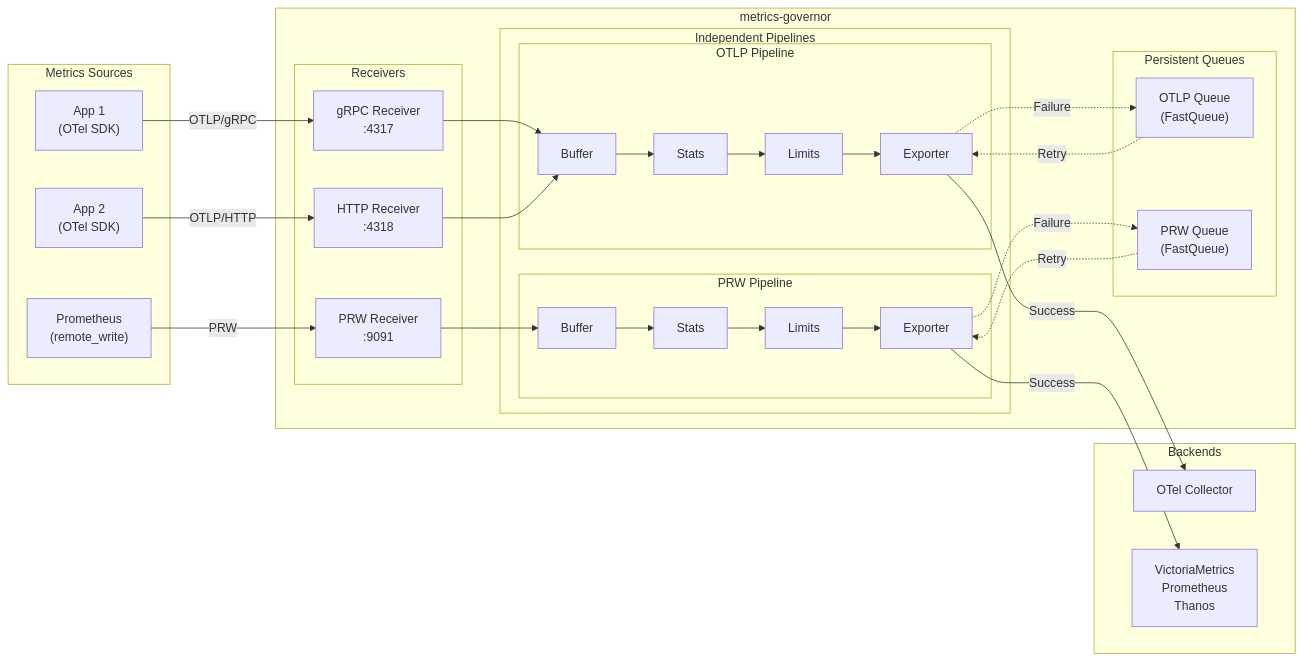
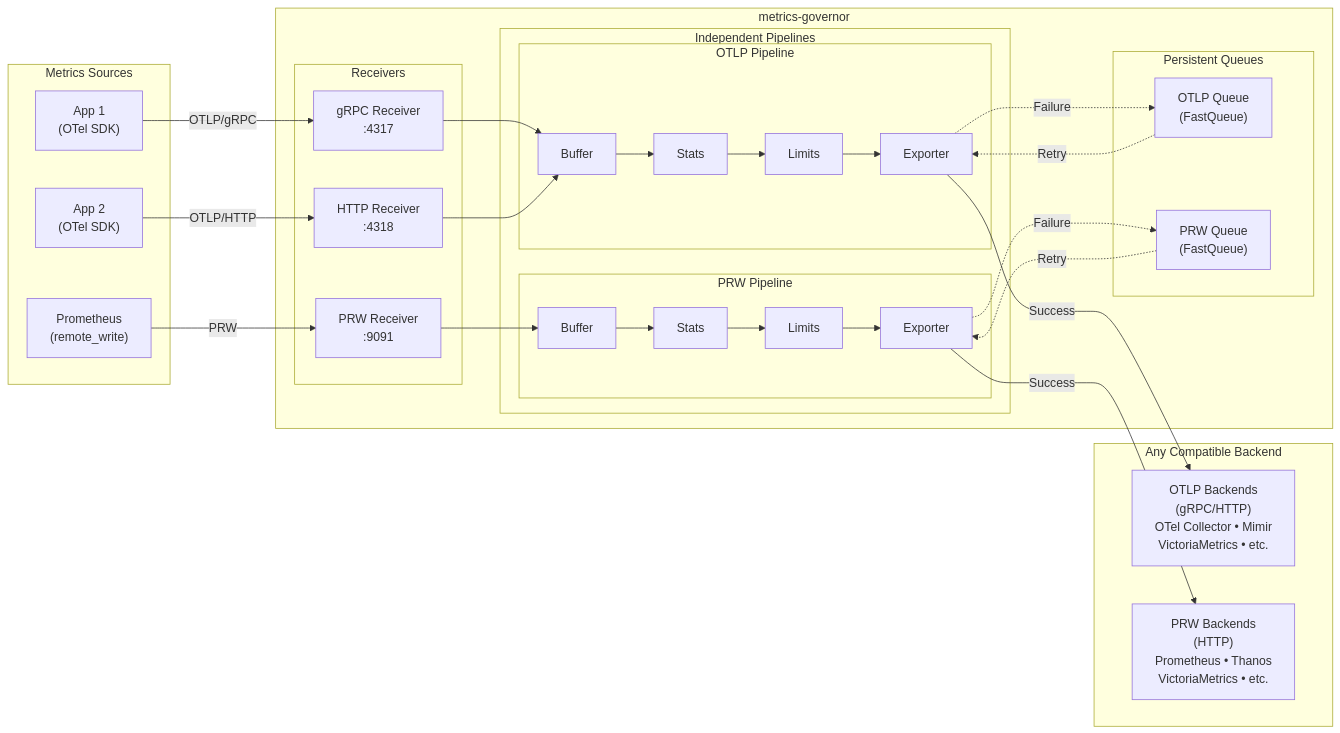
Before and after one commit to szibis/metrics-governor: the diagram in README.md, drawn with Mermaid.

Commit message:
docs: update README diagram with universal backend support
Update architecture diagram to show that metrics-governor can export to
any OTLP or PRW compatible backend, not just specific ones.

- OTLP backends: OTel Collector, Mimir, VictoriaMetrics, etc. (gRPC/HTTP)
- PRW backends: Prometheus, Thanos, VictoriaMetrics, etc. (HTTP)

````diff
--- a/README.md
+++ b/README.md
@@ -36,54 +36,54 @@
 ```mermaid
 flowchart LR
     subgraph Clients["Metrics Sources"]
         App1["App 1<br/>(OTel SDK)"]
         App2["App 2<br/>(OTel SDK)"]
         Prom["Prometheus<br/>(remote_write)"]
     end
 
     subgraph MG["metrics-governor"]
         subgraph Receivers["Receivers"]
             GRPC["gRPC Receiver<br/>:4317"]
             HTTP["HTTP Receiver<br/>:4318"]
             PRW["PRW Receiver<br/>:9091"]
         end
 
         subgraph Pipelines["Independent Pipelines"]
             subgraph OTLP_Pipeline["OTLP Pipeline"]
                 OBuf["Buffer"]
                 OStats["Stats"]
                 OLimits["Limits"]
                 OExp["Exporter"]
             end
             subgraph PRW_Pipeline["PRW Pipeline"]
                 PBuf["Buffer"]
                 PStats["Stats"]
                 PLimits["Limits"]
                 PExp["Exporter"]
             end
         end
 
         subgraph Queue["Persistent Queues"]
             OQueue["OTLP Queue<br/>(FastQueue)"]
             PQueue["PRW Queue<br/>(FastQueue)"]
         end
     end
 
-    subgraph Backends["Backends"]
-        OTel["OTel Collector"]
-        VM["VictoriaMetrics<br/>Prometheus<br/>Thanos"]
+    subgraph Backends["Any Compatible Backend"]
+        OTLP_BE["OTLP Backends<br/>(gRPC/HTTP)<br/>OTel Collector • Mimir<br/>VictoriaMetrics • etc."]
+        PRW_BE["PRW Backends<br/>(HTTP)<br/>Prometheus • Thanos<br/>VictoriaMetrics • etc."]
     end
 
     App1 -->|"OTLP/gRPC"| GRPC
     App2 -->|"OTLP/HTTP"| HTTP
     Prom -->|"PRW"| PRW
 
     GRPC --> OBuf --> OStats --> OLimits --> OExp
     HTTP --> OBuf
     PRW --> PBuf --> PStats --> PLimits --> PExp
 
-    OExp -->|"Success"| OTel
+    OExp -->|"Success"| OTLP_BE
     OExp -.->|"Failure"| OQueue -.->|"Retry"| OExp
-    PExp -->|"Success"| VM
+    PExp -->|"Success"| PRW_BE
     PExp -.->|"Failure"| PQueue -.->|"Retry"| PExp
 ```
````
